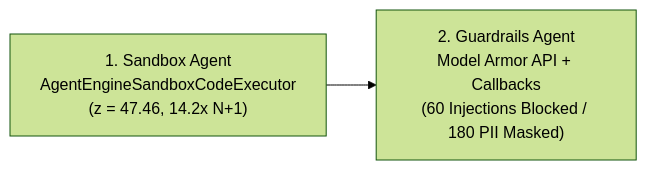
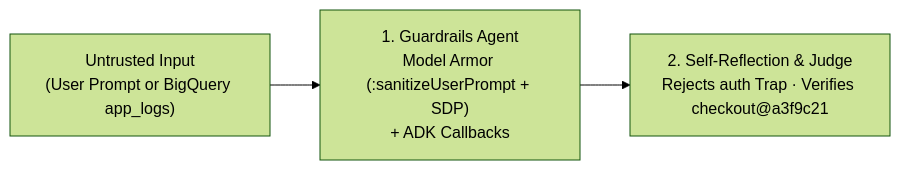
Before and after one commit to kanchpat/sre-agent: the diagram in lab2_guardrails_reflection_sandbox/README.md, drawn with Mermaid (forest theme). The commit also changed other lines of this file and 13 other files, not shown here.

Commit message:
Remove Sandbox from Lab 2 and clarify Model Armor Input -> Verdict -> Output

````diff
--- a/lab2_guardrails_reflection_sandbox/README.md
+++ b/lab2_guardrails_reflection_sandbox/README.md
@@ -27,4 +35,5 @@
 ```mermaid
 flowchart LR
-    S1["1. Sandbox Agent\nAgentEngineSandboxCodeExecutor\n(z = 47.46, 14.2x N+1)"] --> S2["2. Guardrails Agent\nModel Armor API + Callbacks\n(60 Injections Blocked / 180 PII Masked)"]
+    In["Untrusted Input\n(User Prompt or BigQuery app_logs)"] --> MA["1. Guardrails Agent\nModel Armor (:sanitizeUserPrompt + SDP)\n+ ADK Callbacks"]
+    MA --> Refl["2. Self-Reflection & Judge\nRejects auth Trap · Verifies checkout@a3f9c21"]
 ```
````
